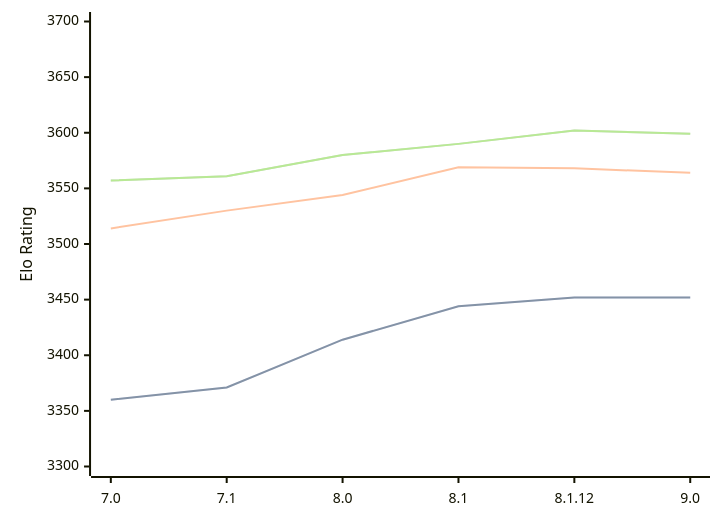
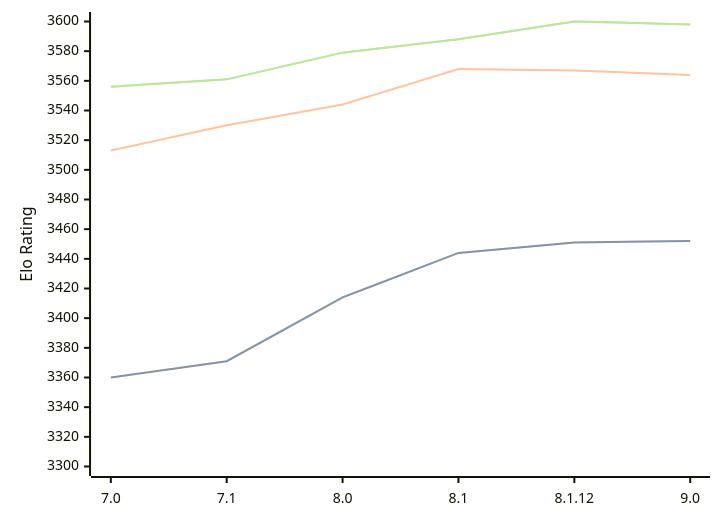
Before and after one commit to computer-chess-index/cci: the diagram in engines/Alexandria.md, drawn with Mermaid. The commit also changed other lines of this file, not shown here.

Commit message:
Update CCI Ratings (ELO VLTC) - 2026-04-06

````diff
--- a/engines/Alexandria.md
+++ b/engines/Alexandria.md
@@ -55,11 +55,11 @@
 ```mermaid
 %%{init: {"theme":"base","themeVariables":{"seriesColors:['#a3a3a3','#222221','#faa371']}}}%%
 xychart-beta
   x-axis ["7.0", "7.1", "8.0", "8.1", "8.1.12", "9.0"]
-  y-axis "Elo Rating" 3300 --> 3700
-  line "STC (8.0+0.08s)" [3360, 3371, 3414, 3444, 3452, 3452]
-  line "STC (8.0+0.08s)" [3360, 3371, 3414, 3444, 3452, 3452]
-  line "LTC (60.0+0.60s)" [3514, 3530, 3544, 3569, 3568, 3564]
-  line "VLTC (2m24s+1.12s)" [3557, 3561, 3580, 3590, 3602, 3599]
-  line "VLTC (2m24s+1.12s)" [3557, 3561, 3580, 3590, 3602, 3599]
+  y-axis "Elo Rating" 3300 --> 3600
+  line "STC (8.0+0.08s)" [3360, 3371, 3414, 3444, 3451, 3452]
+  line "STC (8.0+0.08s)" [3360, 3371, 3414, 3444, 3451, 3452]
+  line "LTC (60.0+0.60s)" [3513, 3530, 3544, 3568, 3567, 3564]
+  line "VLTC (2m24s+1.12s)" [3556, 3561, 3579, 3588, 3600, 3598]
+  line "VLTC (2m24s+1.12s)" [3556, 3561, 3579, 3588, 3600, 3598]
 ```
````
